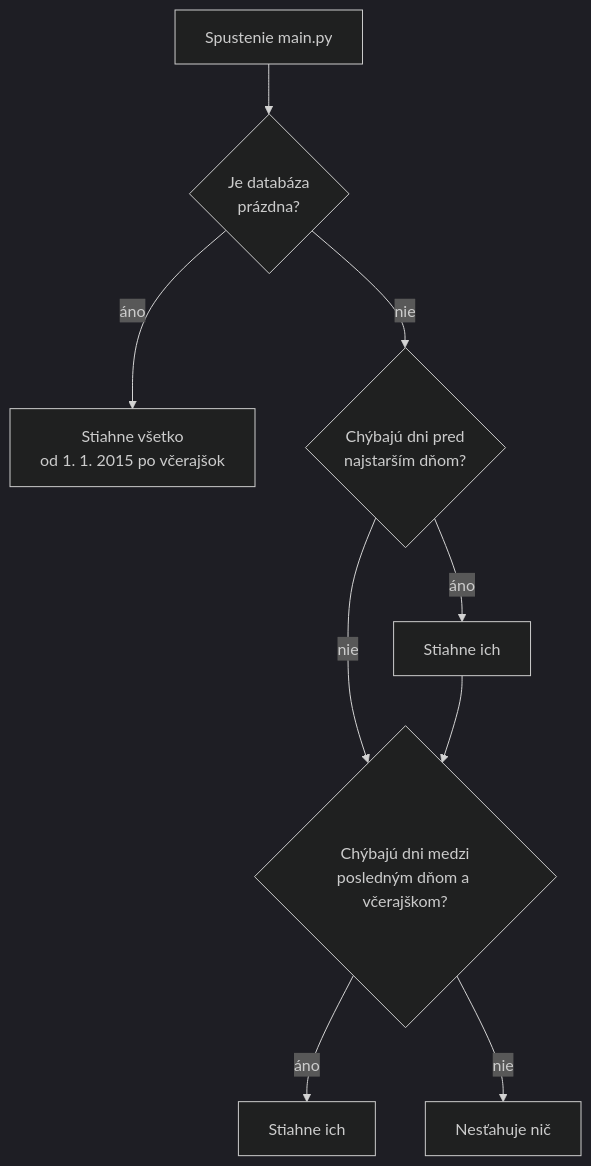
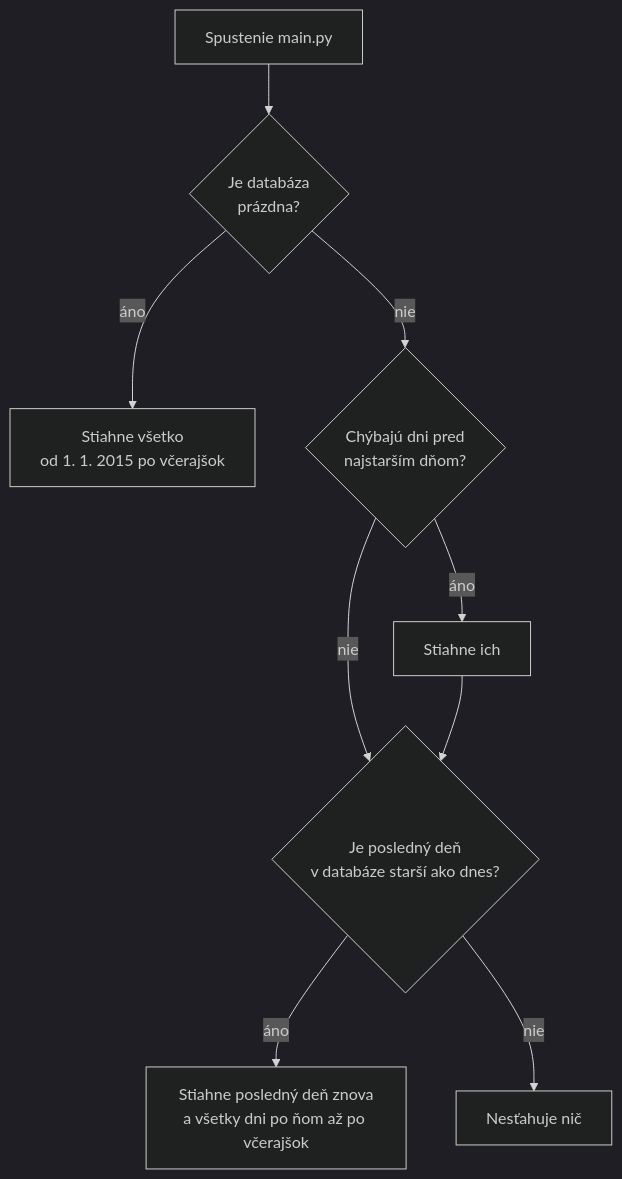
One commit to Matus1232/Script-for-electricity-prices-with-prediction changed the second of 2 diagrams in README.md. Above: the diagram before and after it, drawn with Mermaid (dark theme). The commit also changed other lines of this file and 2 other files, not shown here.

````diff
--- a/README.md
+++ b/README.md
@@ -54,11 +55,11 @@
 ```mermaid
 flowchart TD
     S["Spustenie main.py"] --> P{"Je databáza<br>prázdna?"}
     P -- áno --> ALL["Stiahne všetko<br>od 1. 1. 2015 po včerajšok"]
     P -- nie --> B{"Chýbajú dni pred<br>najstarším dňom?"}
     B -- áno --> OLD["Stiahne ich"]
-    B -- nie --> A{"Chýbajú dni medzi<br>posledným dňom a včerajškom?"}
+    B -- nie --> A{"Je posledný deň<br>v databáze starší ako dnes?"}
     OLD --> A
-    A -- áno --> NEW["Stiahne ich"]
+    A -- áno --> NEW["Stiahne posledný deň znova<br>a všetky dni po ňom až po včerajšok"]
     A -- nie --> X["Nesťahuje nič"]
 ```
````
